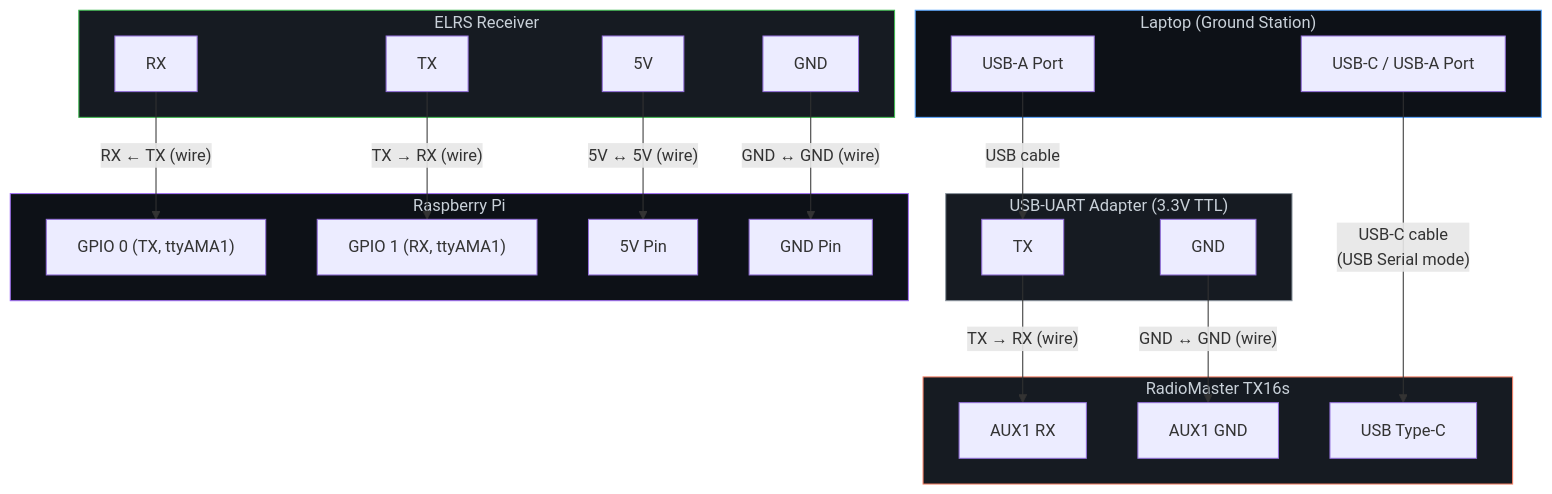
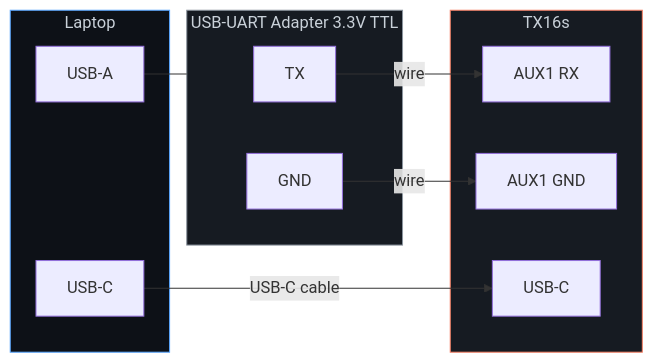
The third of 4 diagrams in Guide/HEAR Software/LeafFC-racer-project/ground-station-architecture/README.md (DroneLeaf/HEAR_wiki), drawn with Mermaid before and after one commit. The commit also changed other lines of this file, not shown here.

Commit message:
refactor: reorganize ground station architecture documentation for clarity and accuracy

````diff
--- a/Guide/HEAR Software/LeafFC-racer-project/ground-station-architecture/README.md
+++ b/Guide/HEAR Software/LeafFC-racer-project/ground-station-architecture/README.md
@@ -82,50 +124,27 @@
 ```mermaid
-graph TB
-    subgraph LAPTOP["Laptop (Ground Station)"]
-        laptop_usb_a["USB-A Port"]
-        laptop_usb_c["USB-C / USB-A Port"]
+graph LR
+    subgraph LAPTOP["Laptop"]
+        usb_a["USB-A"]
+        usb_c["USB-C"]
     end
 
-    subgraph USB_UART["USB-UART Adapter (3.3V TTL)"]
-        uart_tx["TX"]
-        uart_gnd["GND"]
+    subgraph ADAPTER["USB-UART Adapter 3.3V TTL"]
+        a_tx["TX"]
+        a_gnd["GND"]
     end
 
-    subgraph TX16S["RadioMaster TX16s"]
+    subgraph TX16S["TX16s"]
         aux1_rx["AUX1 RX"]
         aux1_gnd["AUX1 GND"]
-        tx16s_usb["USB Type-C"]
+        tx_usb["USB-C"]
     end
 
-    subgraph ELRS_RX["ELRS Receiver"]
-        erx_rx["RX"]
-        erx_tx["TX"]
-        erx_5v["5V"]
-        erx_gnd["GND"]
-    end
-
-    subgraph RPI["Raspberry Pi"]
-        rpi_tx["GPIO 0 (TX, ttyAMA1)"]
-        rpi_rx["GPIO 1 (RX, ttyAMA1)"]
-        rpi_5v["5V Pin"]
-        rpi_gnd["GND Pin"]
-    end
-
-    %% GS wiring
-    laptop_usb_a -- "USB cable" --> uart_tx
-    uart_tx -- "TX → RX (wire)" --> aux1_rx
-    uart_gnd -- "GND ↔ GND (wire)" --> aux1_gnd
-    laptop_usb_c -- "USB-C cable\n(USB Serial mode)" --> tx16s_usb
-
-    %% Aircraft wiring
-    erx_tx -- "TX → RX (wire)" --> rpi_rx
-    erx_rx -- "RX ← TX (wire)" --> rpi_tx
-    erx_5v -- "5V ↔ 5V (wire)" --> rpi_5v
-    erx_gnd -- "GND ↔ GND (wire)" --> rpi_gnd
+    usb_a --- ADAPTER
+    a_tx -- "wire" --> aux1_rx
+    a_gnd -- "wire" --> aux1_gnd
+    usb_c -- "USB-C cable" --> tx_usb
 
     style LAPTOP fill:#0d1117,stroke:#58a6ff,color:#c9d1d9
-    style USB_UART fill:#161b22,stroke:#8b949e,color:#c9d1d9
+    style ADAPTER fill:#161b22,stroke:#8b949e,color:#c9d1d9
     style TX16S fill:#161b22,stroke:#f78166,color:#c9d1d9
-    style ELRS_RX fill:#161b22,stroke:#3fb950,color:#c9d1d9
-    style RPI fill:#0d1117,stroke:#a371f7,color:#c9d1d9
 ```
````
